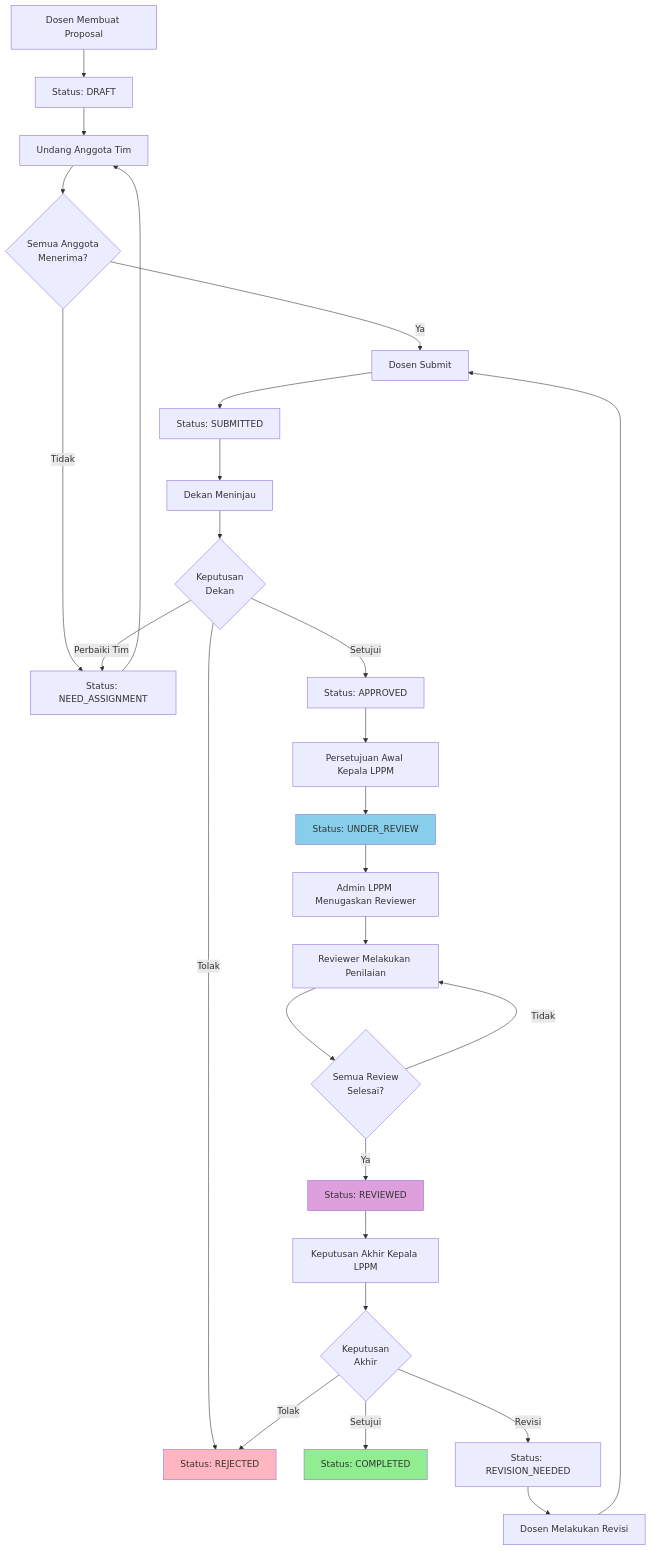
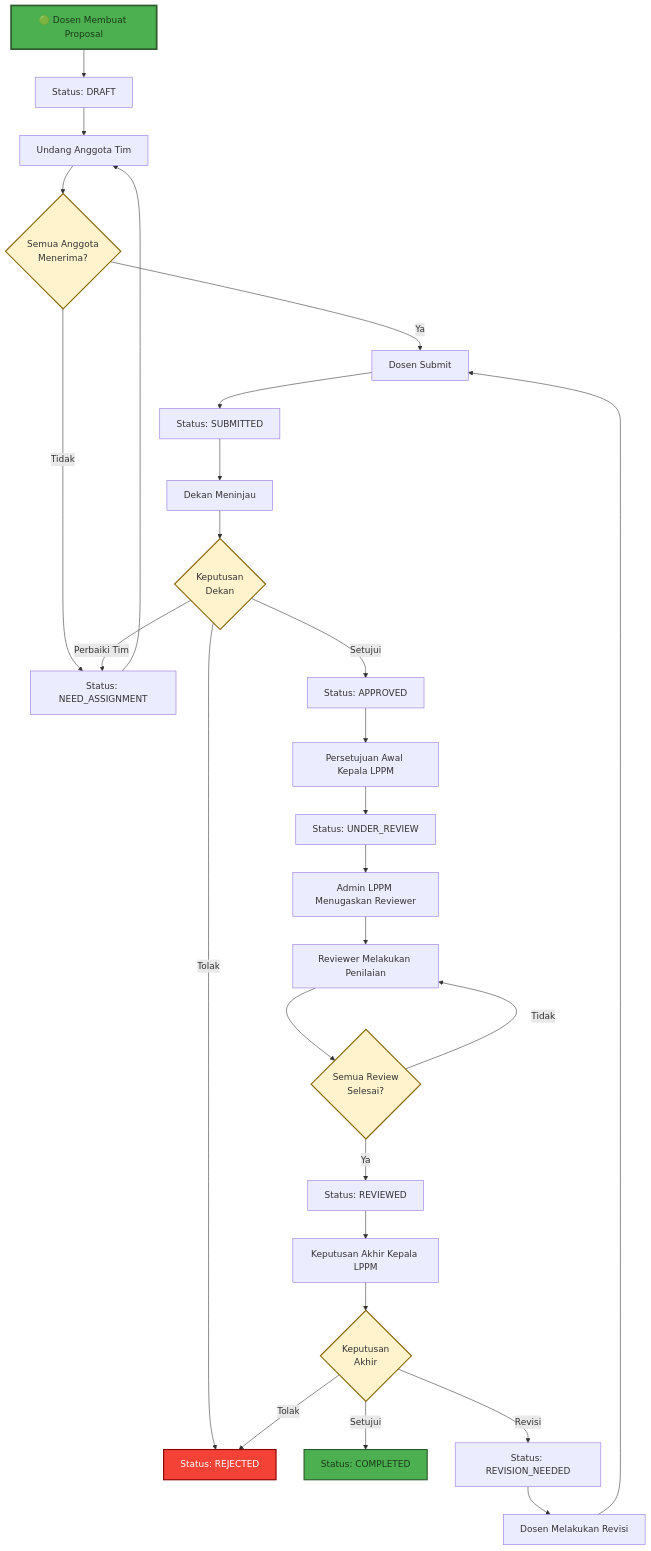
The first of 21 diagrams in docs/v2/id/WORKFLOWS.md (akrindev/sim-lppm-itsnu), drawn with Mermaid before and after one commit. The commit also changed other lines of this file, not shown here.

Commit message:
docs: Replaced multiple Dosen workflow sequence diagrams with a single comprehensive flowchart and textual summary.

````diff
--- a/docs/v2/id/WORKFLOWS.md
+++ b/docs/v2/id/WORKFLOWS.md
@@ -24,34 +24,40 @@
 ```mermaid
 graph TD
-    A[Dosen Membuat Proposal] --> B[Status: DRAFT]
+    A["🟢 Dosen Membuat Proposal"] --> B[Status: DRAFT]
     B --> C[Undang Anggota Tim]
     C --> D{Semua Anggota<br/>Menerima?}
     D -->|Tidak| E[Status: NEED_ASSIGNMENT]
     E --> C
     D -->|Ya| F[Dosen Submit]
     F --> G[Status: SUBMITTED]
     G --> H[Dekan Meninjau]
     H --> I{Keputusan<br/>Dekan}
     I -->|Setujui| J[Status: APPROVED]
     I -->|Perbaiki Tim| E
     I -->|Tolak| K[Status: REJECTED]
     J --> L[Persetujuan Awal Kepala LPPM]
     L --> M[Status: UNDER_REVIEW]
     M --> N[Admin LPPM Menugaskan Reviewer]
     N --> O[Reviewer Melakukan Penilaian]
     O --> P{Semua Review<br/>Selesai?}
     P -->|Tidak| O
     P -->|Ya| Q[Status: REVIEWED]
     Q --> R[Keputusan Akhir Kepala LPPM]
     R --> S{Keputusan<br/>Akhir}
     S -->|Setujui| T[Status: COMPLETED]
     S -->|Revisi| U[Status: REVISION_NEEDED]
     S -->|Tolak| K
     U --> V[Dosen Melakukan Revisi]
     V --> F
     
-    style T fill:#90EE90
-    style K fill:#FFB6C1
-    style M fill:#87CEEB
-    style Q fill:#DDA0DD
+    style A fill:#4CAF50,stroke:#2d5a2d,stroke-width:3px,color:#1b3a1b
+    style K fill:#f44336,stroke:#8b0000,stroke-width:2px,color:#fff
+    style T fill:#4CAF50,stroke:#2d5a2d,stroke-width:2px,color:#1b3a1b
+    style D fill:#fff3cd,stroke:#856404,stroke-width:2px,color:#333
+    style I fill:#fff3cd,stroke:#856404,stroke-width:2px,color:#333
+    style P fill:#fff3cd,stroke:#856404,stroke-width:2px,color:#333
+    style S fill:#fff3cd,stroke:#856404,stroke-width:2px,color:#333
+
+
+
 ```
````
